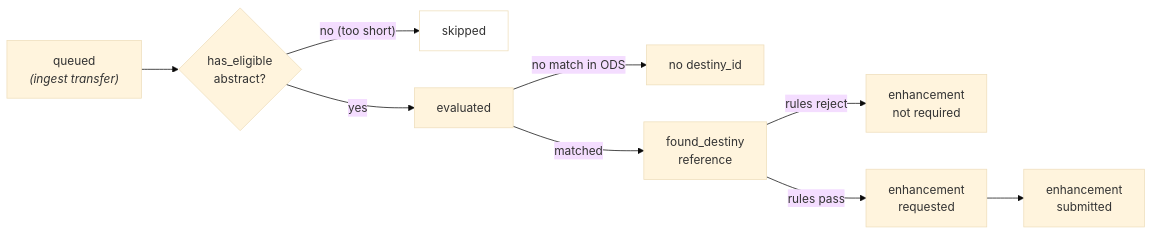
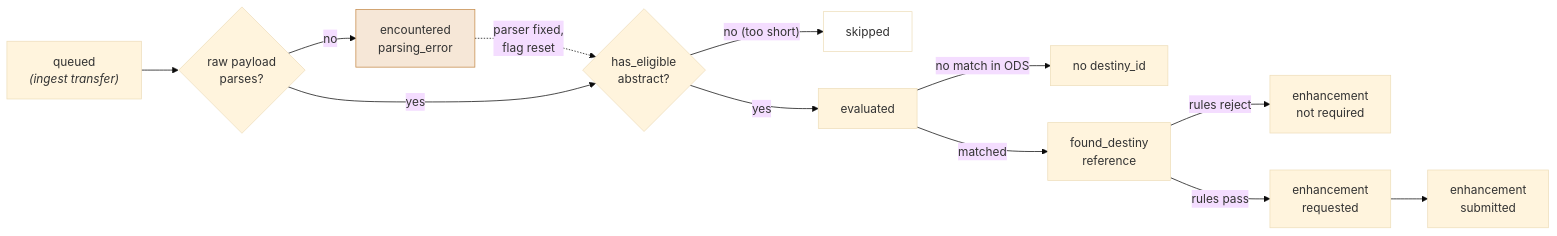
One commit to destiny-evidence/bulk-abstract-ingest-robot changed the first of 2 diagrams in docs/docs/data-model.md. Above: the diagram before and after it, drawn with Mermaid (base theme). The commit also changed other lines of this file and 10 other files, not shown here.

Commit message:
update documentation to cover configurable ID for matching and parking queued references with parse errors

````diff
--- a/docs/docs/data-model.md
+++ b/docs/docs/data-model.md
@@ -45,13 +45,17 @@
 ```mermaid
 flowchart LR
-    NEW["queued<br/><i>(ingest transfer)</i>"] --> ELIG{"has_eligible<br/>abstract?"}
+    NEW["queued<br/><i>(ingest transfer)</i>"] --> PARSE{"raw payload<br/>parses?"}
+    PARSE -- "no" --> PARKED["encountered<br/>parsing_error"]
+    PARKED -. "parser fixed,<br/>flag reset" .-> ELIG
+    PARSE -- yes --> ELIG{"has_eligible<br/>abstract?"}
     ELIG -- "no (too short)" --> DEAD["skipped"]
     ELIG -- yes --> EVAL["evaluated"]
     EVAL -- "no match in ODS" --> NOMATCH["no destiny_id"]
     EVAL -- matched --> FOUND["found_destiny<br/>reference"]
     FOUND -- "rules reject" --> NOTREQ["enhancement<br/>not required"]
     FOUND -- "rules pass" --> REQ["enhancement<br/>requested"]
     REQ --> SUB["enhancement<br/>submitted"]
 
     style DEAD fill:transparent
+    style PARKED fill:#f6e7d7,stroke:#c58b4b
 ```
````
